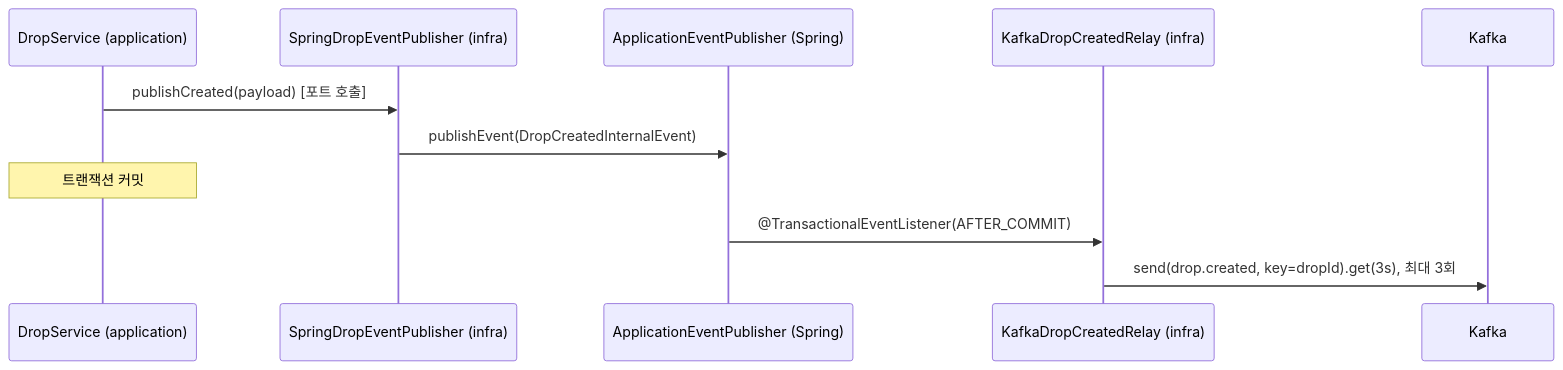
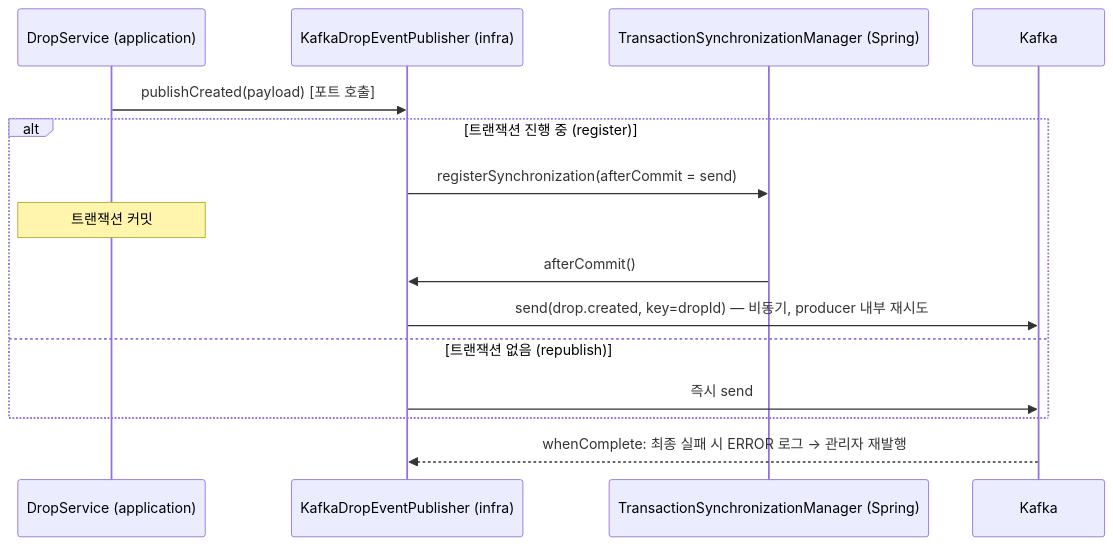
The diagram in docs/plan/phases/phase-2-drop.md (dd-jiny/queue-drop), drawn with Mermaid before and after one commit. The commit also changed other lines of this file and 24 other files, not shown here.

````diff
--- a/docs/plan/phases/phase-2-drop.md
+++ b/docs/plan/phases/phase-2-drop.md
@@ -594,14 +588,18 @@
 ```mermaid
 sequenceDiagram
     participant DS as DropService (application)
-    participant P as SpringDropEventPublisher (infra)
-    participant AEP as ApplicationEventPublisher (Spring)
-    participant R as KafkaDropCreatedRelay (infra)
+    participant P as KafkaDropEventPublisher (infra)
+    participant TS as TransactionSynchronizationManager (Spring)
     participant K as Kafka
 
     DS->>P: publishCreated(payload)  [포트 호출]
-    P->>AEP: publishEvent(DropCreatedInternalEvent)
-    Note over DS: 트랜잭션 커밋
-    AEP->>R: @TransactionalEventListener(AFTER_COMMIT)
-    R->>K: send(drop.created, key=dropId).get(3s), 최대 3회
+    alt 트랜잭션 진행 중 (register)
+        P->>TS: registerSynchronization(afterCommit = send)
+        Note over DS: 트랜잭션 커밋
+        TS->>P: afterCommit()
+        P->>K: send(drop.created, key=dropId) — 비동기, producer 내부 재시도
+    else 트랜잭션 없음 (republish)
+        P->>K: 즉시 send
+    end
+    K-->>P: whenComplete: 최종 실패 시 ERROR 로그 → 관리자 재발행
 ```
````
